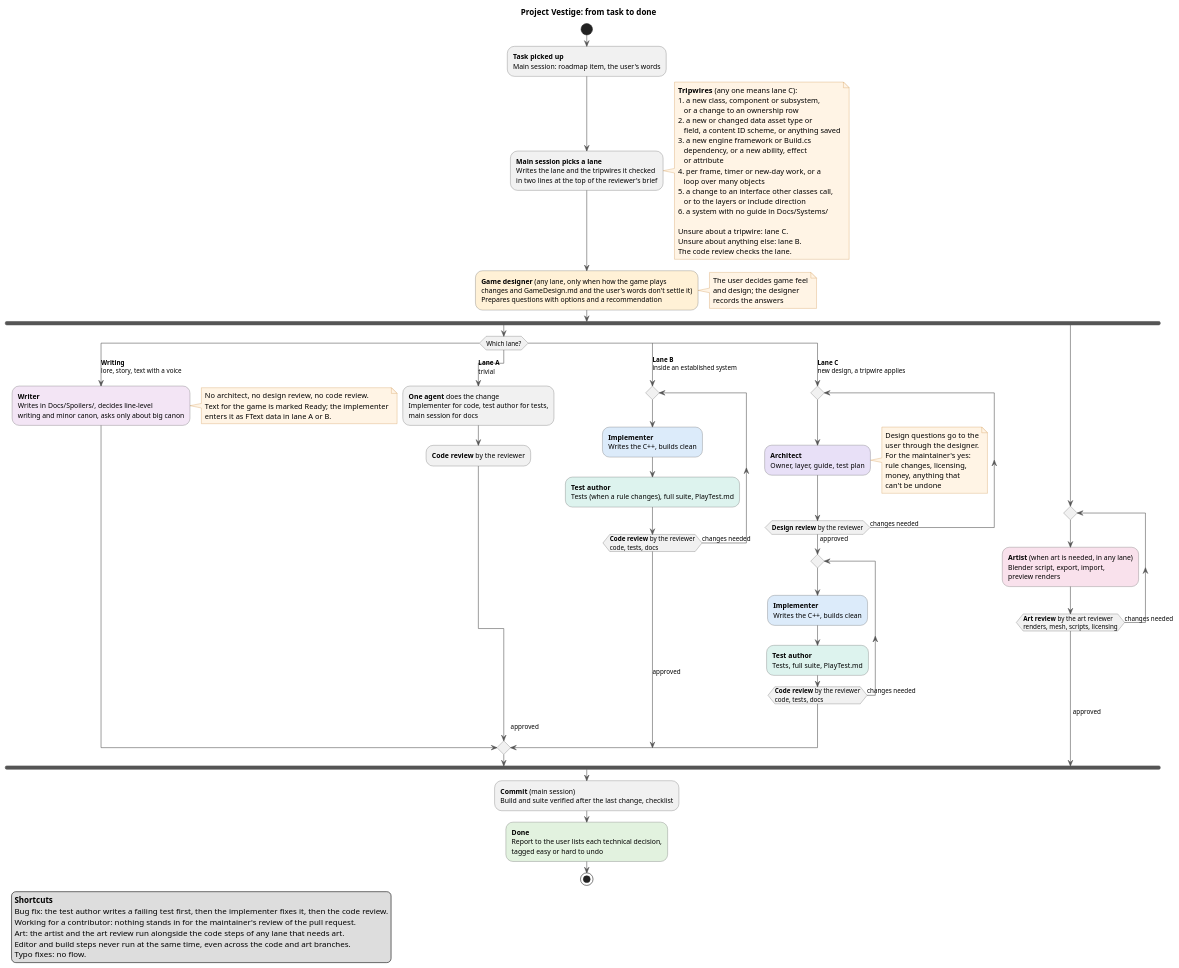
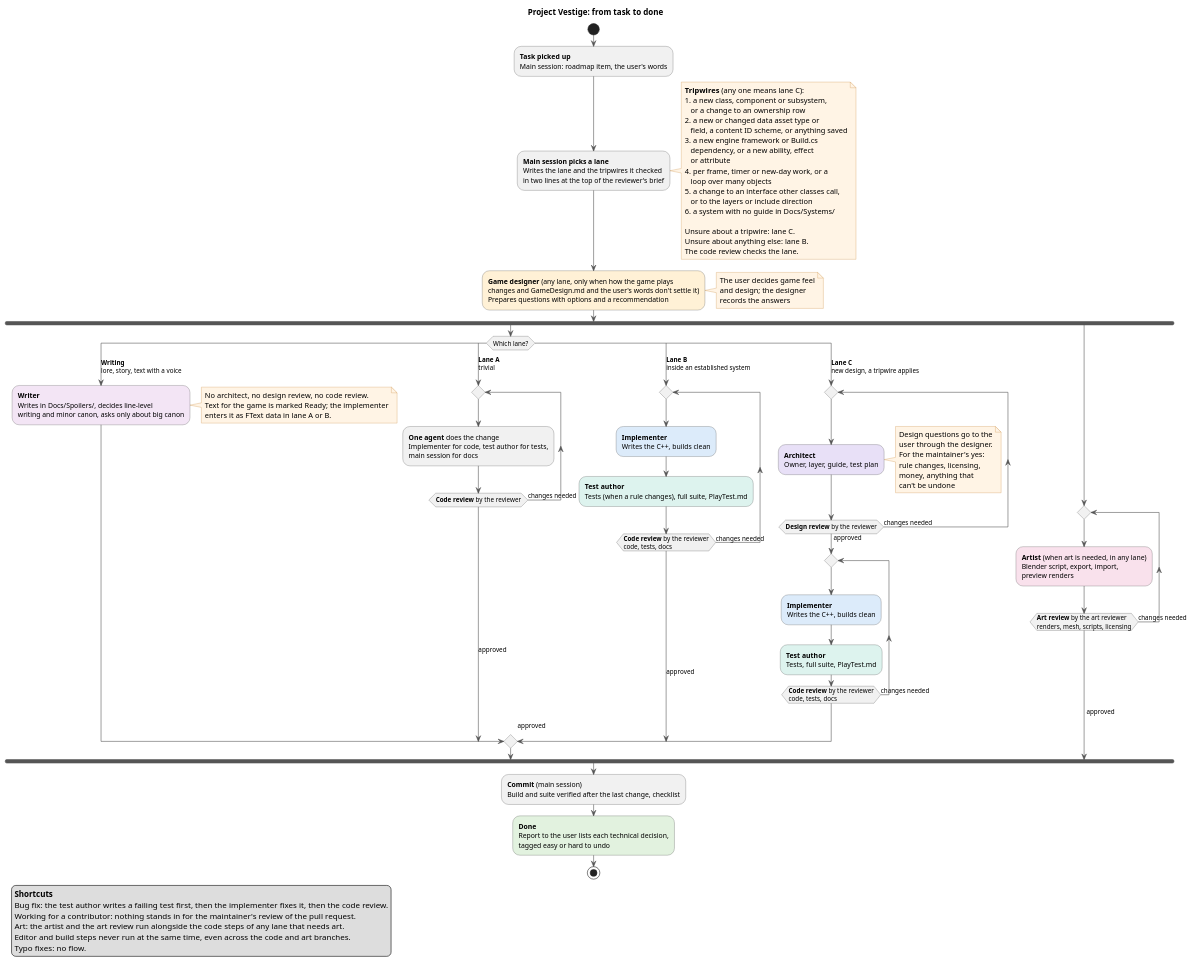
One commit to DunderGG/ProjectVestige changed the diagram in .claude/agent-flow.puml. Above: the diagram before and after it, drawn with PlantUML. The commit also changed 3 other files, not shown here.

First line of the commit message:
Send lane A and B review findings back to the author

```diff
--- a/.claude/agent-flow.puml
+++ b/.claude/agent-flow.puml
@@ -1,123 +1,125 @@
 @startuml agent-flow
 ' Project Vestige agent flow. The rules behind it are in AGENTS.md, "How work is done" and "Lanes".
 ' Render: right-click in VS Code > Preview Current Diagram (PlantUML extension), or
 ' java -jar plantuml.jar -tpng .claude/agent-flow.puml
 skinparam shadowing false
 skinparam defaultFontName Segoe UI
 skinparam ActivityBorderColor #555555
 skinparam ArrowColor #555555
 skinparam NoteBackgroundColor #FFF4E5
 skinparam NoteBorderColor #C98A3A
 
 title Project Vestige: from task to done
 
 start
 :**Task picked up**
 Main session: roadmap item, the user's words;
 
 :**Main session picks a lane**
 Writes the lane and the tripwires it checked
 in two lines at the top of the reviewer's brief;
 note right
   **Tripwires** (any one means lane C):
   1. a new class, component or subsystem,
      or a change to an ownership row
   2. a new or changed data asset type or
      field, a content ID scheme, or anything saved
   3. a new engine framework or Build.cs
      dependency, or a new ability, effect
      or attribute
   4. per frame, timer or new-day work, or a
      loop over many objects
   5. a change to an interface other classes call,
      or to the layers or include direction
   6. a system with no guide in Docs/Systems/
 
   Unsure about a tripwire: lane C.
   Unsure about anything else: lane B.
   The code review checks the lane.
 end note
 
 #FFF1D6:**Game designer** (any lane, only when how the game plays
 changes and GameDesign.md and the user's words don't settle it)
 Prepares questions with options and a recommendation;
 note right
   The user decides game feel
   and design; the designer
   records the answers
 end note
 
 fork
 switch (Which lane?)
 case (**Writing**\nlore, story, text with a voice)
   #F3E5F5:**Writer**
   Writes in Docs/Spoilers/, decides line-level
   writing and minor canon, asks only about big canon;
   note right
     No architect, no design review, no code review.
     Text for the game is marked Ready; the implementer
     enters it as FText data in lane A or B.
   end note
 case (**Lane A**\ntrivial)
-  :**One agent** does the change
-  Implementer for code, test author for tests,
-  main session for docs;
-  :**Code review** by the reviewer;
+  repeat
+    :**One agent** does the change
+    Implementer for code, test author for tests,
+    main session for docs;
+  repeat while (**Code review** by the reviewer) is (changes needed)
+  ->approved;
 case (**Lane B**\ninside an established system)
   repeat
     #DCEBFA:**Implementer**
     Writes the C++, builds clean;
     #DDF3EE:**Test author**
     Tests (when a rule changes), full suite, PlayTest.md;
   repeat while (**Code review** by the reviewer
 code, tests, docs) is (changes needed)
   ->approved;
 case (**Lane C**\nnew design, a tripwire applies)
   repeat
     #E8E0F7:**Architect**
     Owner, layer, guide, test plan;
     note right
       Design questions go to the
       user through the designer.
       For the maintainer's yes:
       rule changes, licensing,
       money, anything that
       can't be undone
     end note
   repeat while (**Design review** by the reviewer) is (changes needed) not (approved)
   repeat
     #DCEBFA:**Implementer**
     Writes the C++, builds clean;
     #DDF3EE:**Test author**
     Tests, full suite, PlayTest.md;
   repeat while (**Code review** by the reviewer
 code, tests, docs) is (changes needed)
   ->approved;
 endswitch
 
 fork again
   repeat
     #F9E1EC:**Artist** (when art is needed, in any lane)
     Blender script, export, import,
     preview renders;
   repeat while (**Art review** by the art reviewer
 renders, mesh, scripts, licensing) is (changes needed)
   ->approved;
 end fork
 
 :**Commit** (main session)
 Build and suite verified after the last change, checklist;
 #E2F2DF:**Done**
 Report to the user lists each technical decision,
 tagged easy or hard to undo;
 stop
 
 legend bottom left
   **Shortcuts**
   Bug fix: the test author writes a failing test first, then the implementer fixes it, then the code review.
   Working for a contributor: nothing stands in for the maintainer's review of the pull request.
   Art: the artist and the art review run alongside the code steps of any lane that needs art.
   Editor and build steps never run at the same time, even across the code and art branches.
   Typo fixes: no flow.
 endlegend
 @enduml
```
